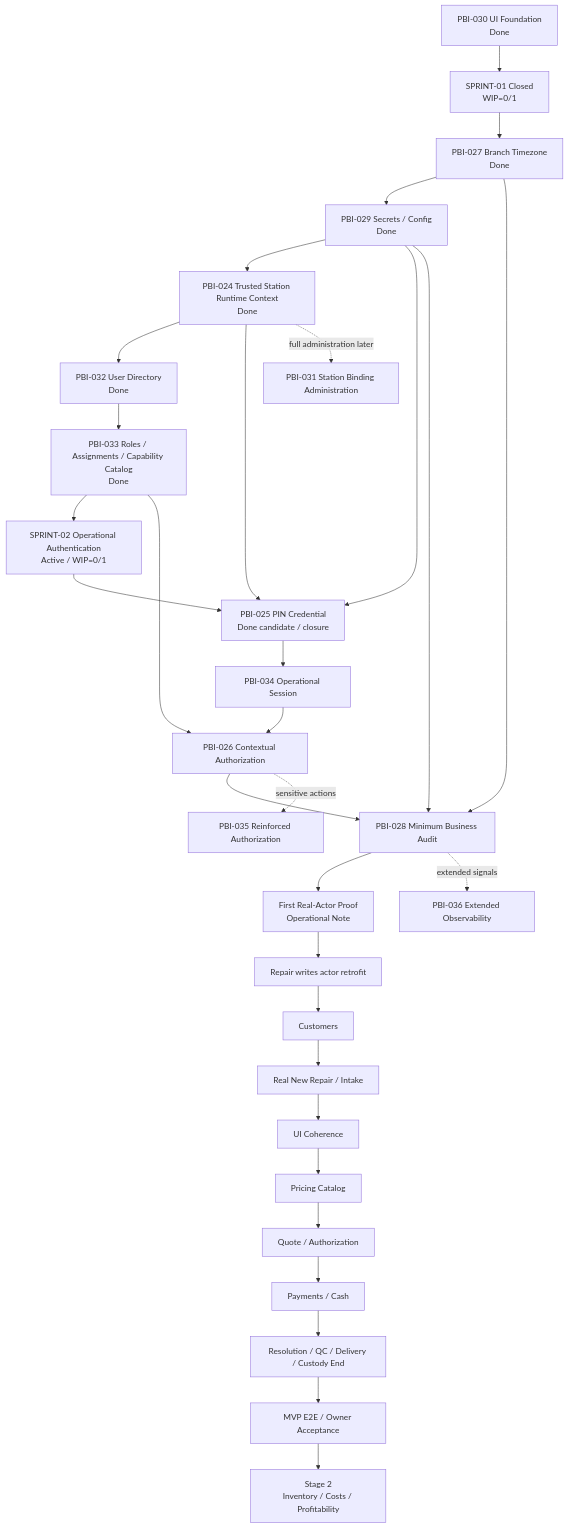
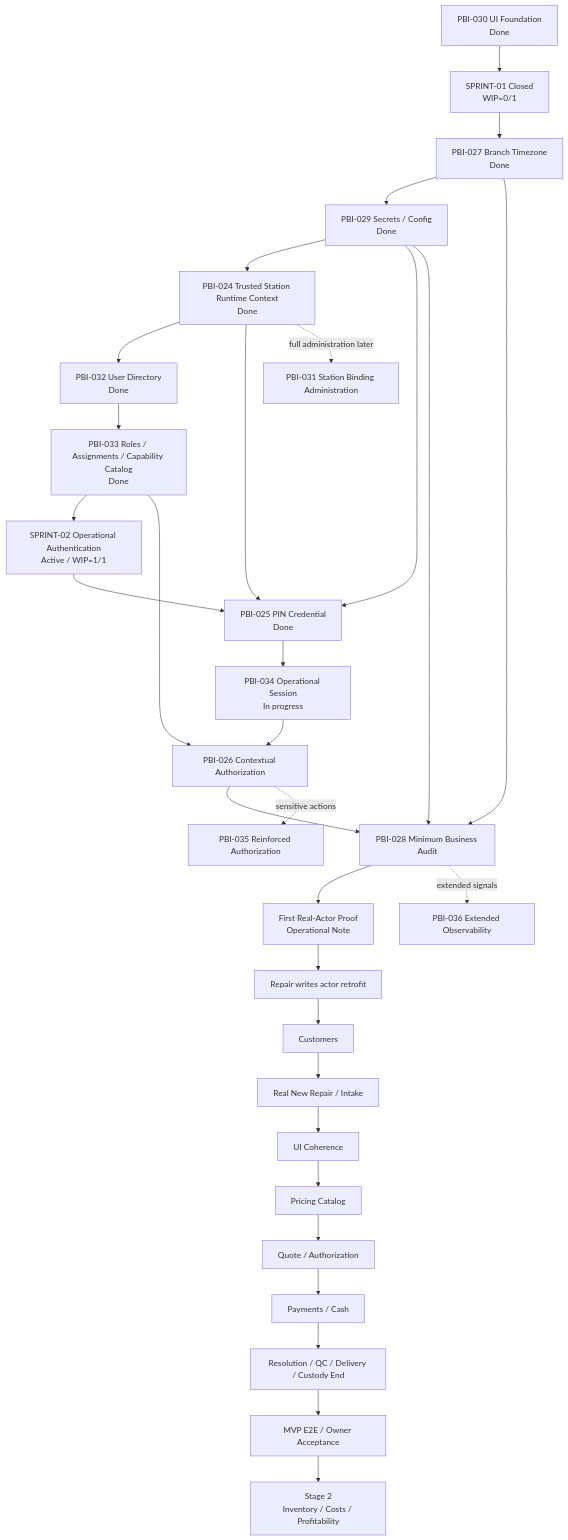
Before and after one commit to luisgtzaviles/SrTaller-2.0: the diagram in docs/backlog/DEPENDENCY_MAP.md, drawn with Mermaid. The commit also changed other lines of this file and 25 other files, not shown here.

Commit message:
docs: start pbi-034 operational session

````diff
--- a/docs/backlog/DEPENDENCY_MAP.md
+++ b/docs/backlog/DEPENDENCY_MAP.md
@@ -13,33 +13,33 @@
 ```mermaid
 flowchart TD
     P30[PBI-030 UI Foundation<br/>Done] --> S1[SPRINT-01 Closed<br/>WIP=0/1]
     S1 --> P27[PBI-027 Branch Timezone<br/>Done]
     P27 --> P29[PBI-029 Secrets / Config<br/>Done]
     P29 --> P24[PBI-024 Trusted Station Runtime Context<br/>Done]
     P24 --> P32[PBI-032 User Directory<br/>Done]
     P32 --> P33[PBI-033 Roles / Assignments / Capability Catalog<br/>Done]
-    P33 --> S2[SPRINT-02 Operational Authentication<br/>Active / WIP=0/1]
-    S2 --> P25[PBI-025 PIN Credential<br/>Done candidate / closure]
+    P33 --> S2[SPRINT-02 Operational Authentication<br/>Active / WIP=1/1]
+    S2 --> P25[PBI-025 PIN Credential<br/>Done]
     P24 --> P25
     P29 --> P25
-    P25 --> P34[PBI-034 Operational Session]
+    P25 --> P34[PBI-034 Operational Session<br/>In progress]
     P34 --> P26[PBI-026 Contextual Authorization]
     P33 --> P26
     P26 --> P28[PBI-028 Minimum Business Audit]
     P27 --> P28
     P29 --> P28
     P28 --> NOTE[First Real-Actor Proof<br/>Operational Note]
     NOTE --> RETRO[Repair writes actor retrofit]
     RETRO --> CUSTOMERS[Customers]
     CUSTOMERS --> INTAKE[Real New Repair / Intake]
     INTAKE --> POLISH[UI Coherence]
     POLISH --> PRICING[Pricing Catalog]
     PRICING --> QUOTE[Quote / Authorization]
     QUOTE --> MONEY[Payments / Cash]
     MONEY --> DELIVERY[Resolution / QC / Delivery / Custody End]
     DELIVERY --> MVP[MVP E2E / Owner Acceptance]
     P24 -. full administration later .-> P31[PBI-031 Station Binding Administration]
     P26 -. sensitive actions .-> P35[PBI-035 Reinforced Authorization]
     P28 -. extended signals .-> P36[PBI-036 Extended Observability]
     MVP --> STAGE2[Stage 2<br/>Inventory / Costs / Profitability]
 ```
````
